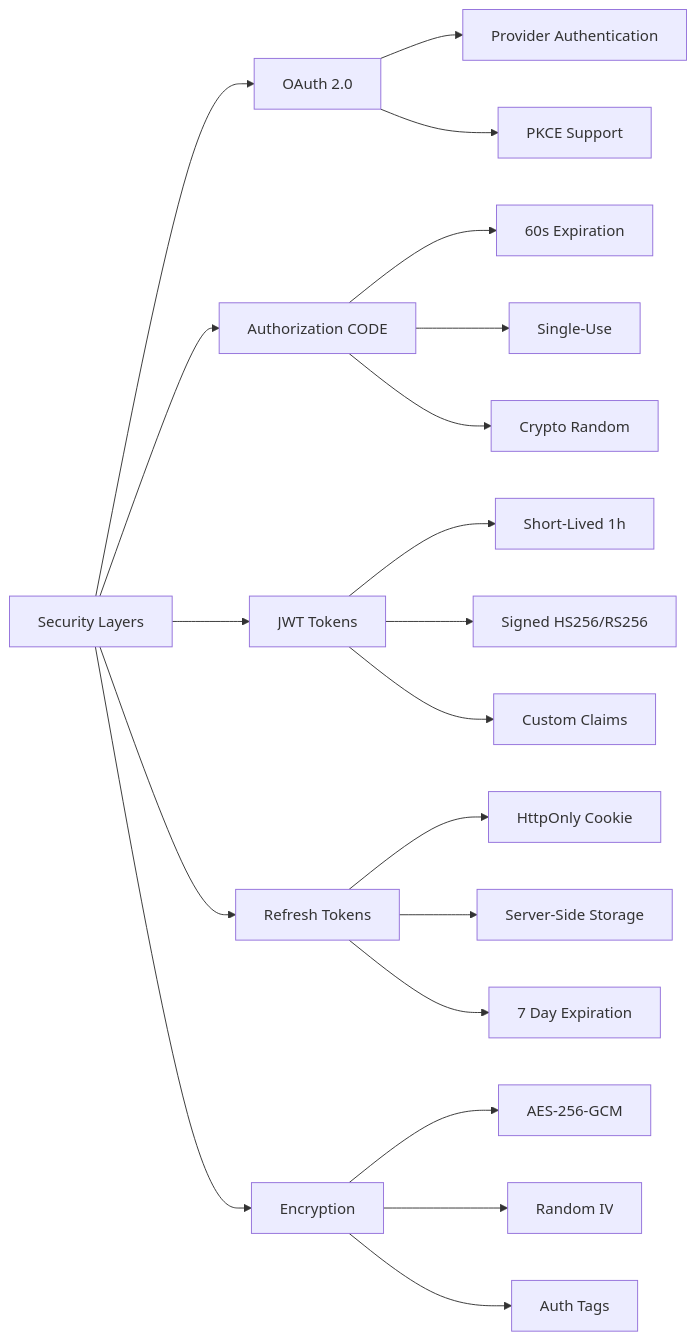
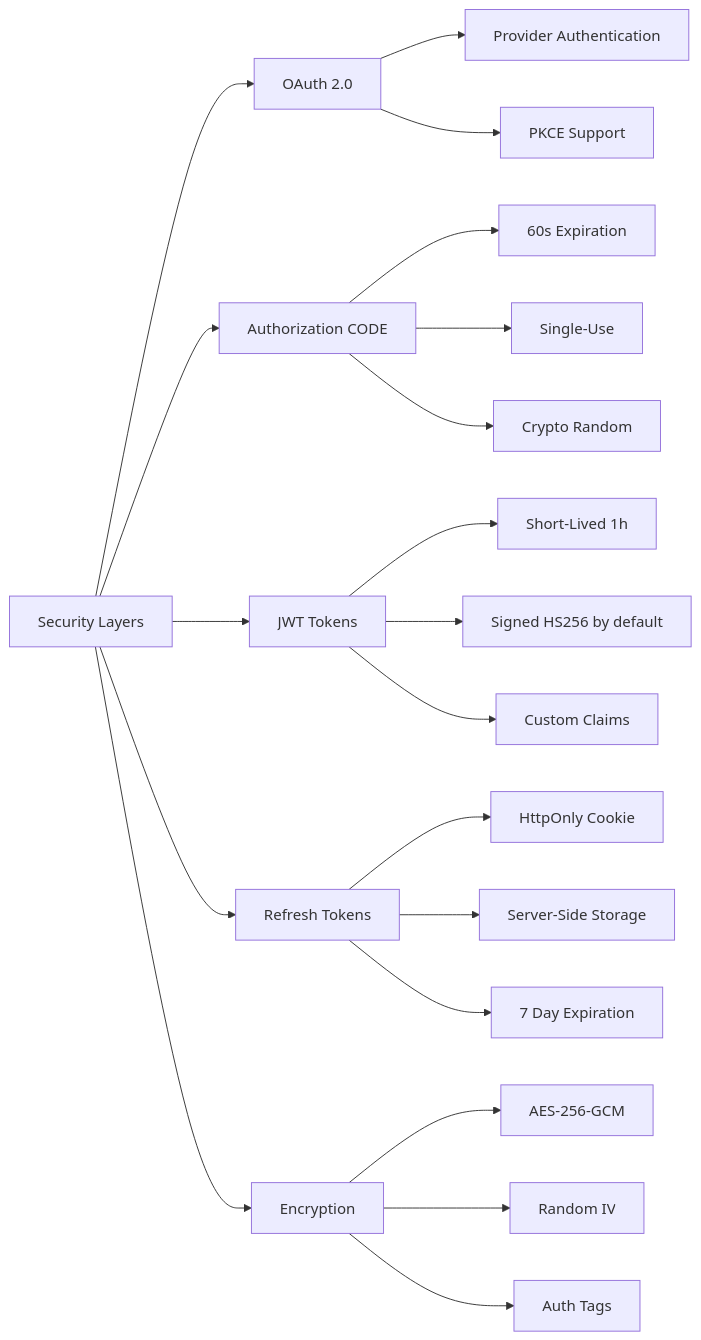
The fifth of 7 diagrams in docs/architecture/index.md (peterbud/nuxt-aegis), drawn with Mermaid before and after one commit. The commit also changed other lines of this file and 4 other files, not shown here.

Commit message:
docs: refactor and review all architecture docs

````diff
--- a/docs/architecture/index.md
+++ b/docs/architecture/index.md
@@ -117,27 +127,27 @@
 ```mermaid
 graph LR
     A[Security Layers] --> B[OAuth 2.0]
     A --> C[Authorization CODE]
     A --> D[JWT Tokens]
     A --> E[Refresh Tokens]
     A --> F[Encryption]
     
     B --> B1[Provider Authentication]
     B --> B2[PKCE Support]
     
     C --> C1[60s Expiration]
     C --> C2[Single-Use]
     C --> C3[Crypto Random]
     
     D --> D1[Short-Lived 1h]
-    D --> D2[Signed HS256/RS256]
+    D --> D2[Signed HS256 by default]
     D --> D3[Custom Claims]
     
     E --> E1[HttpOnly Cookie]
     E --> E2[Server-Side Storage]
     E --> E3[7 Day Expiration]
     
     F --> F1[AES-256-GCM]
     F --> F2[Random IV]
     F --> F3[Auth Tags]
 ```
````
